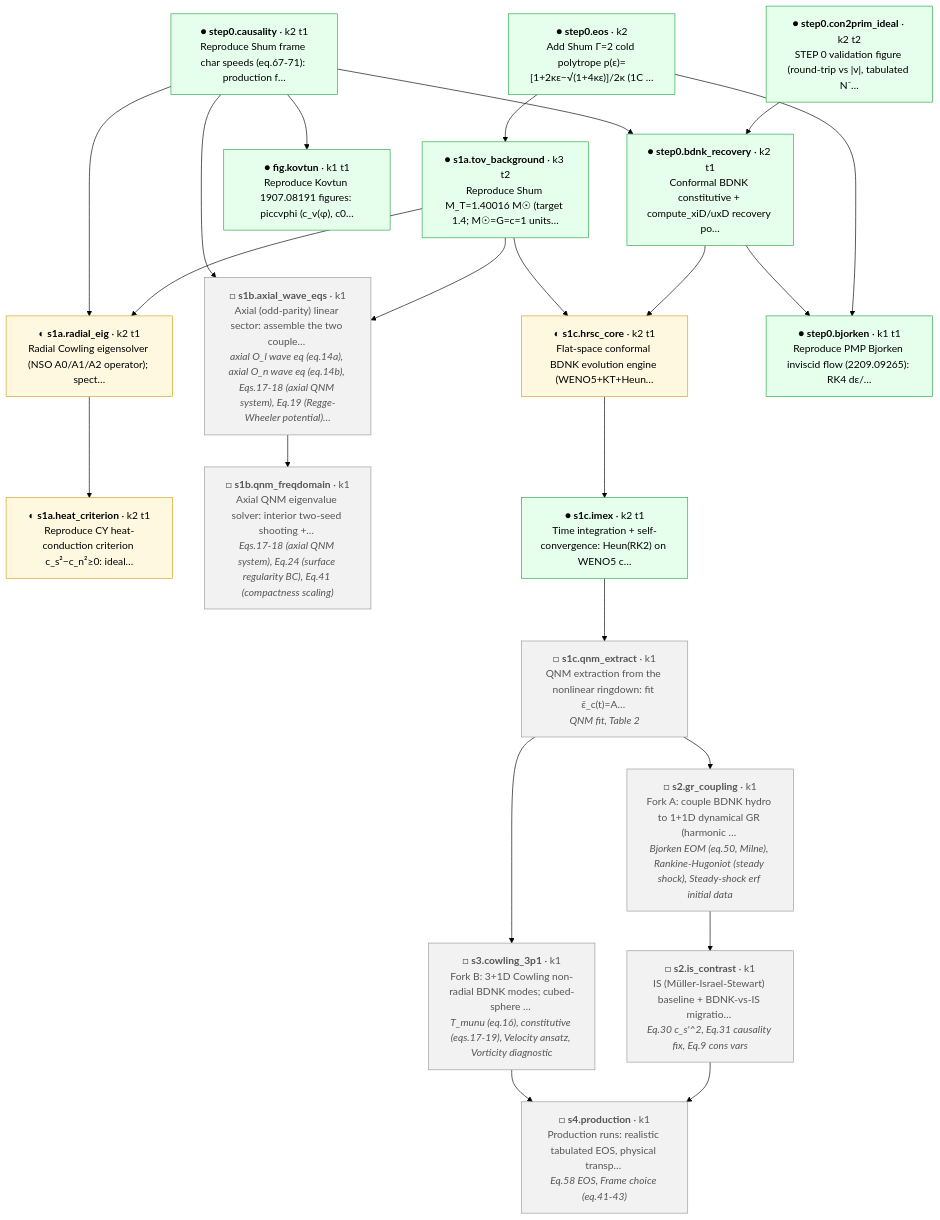
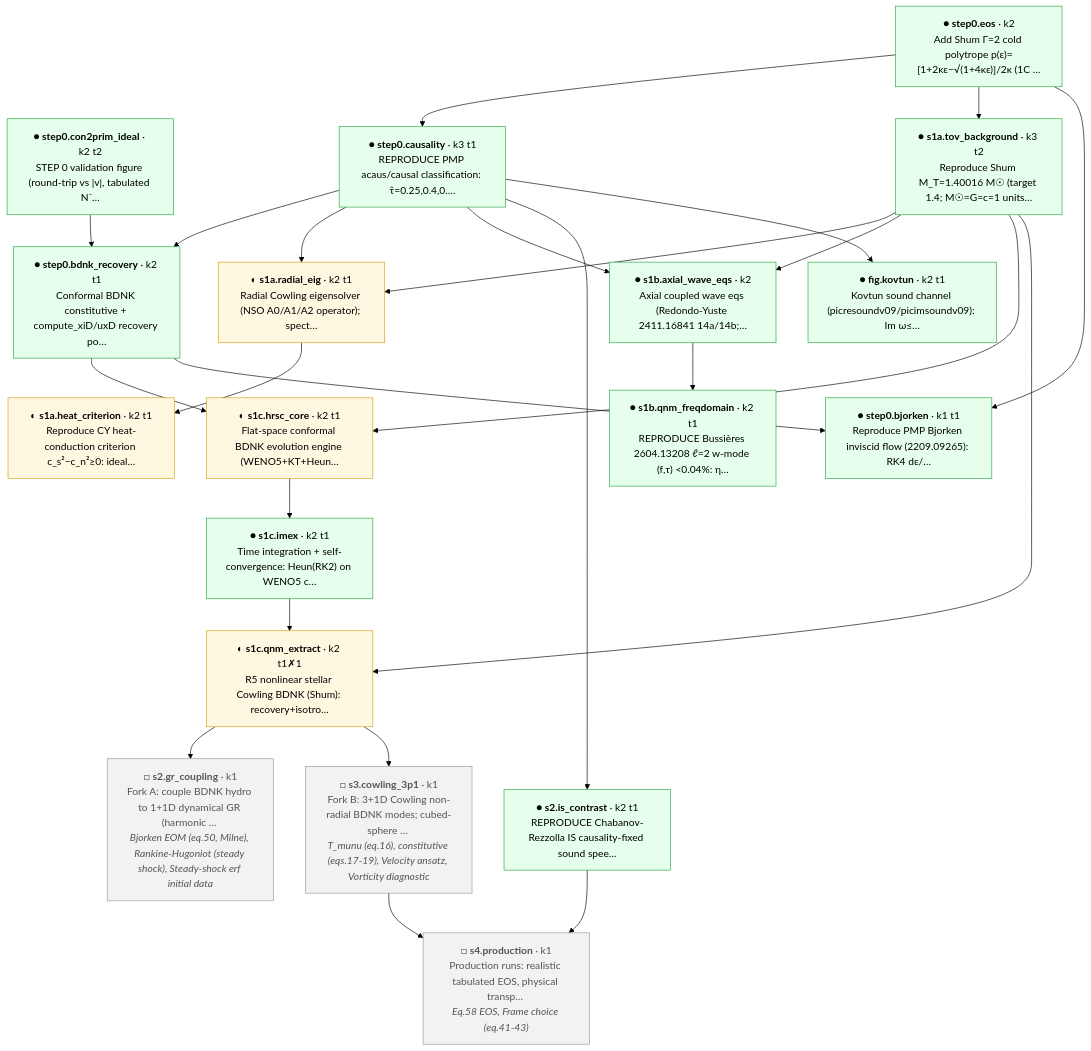
Before and after one commit to FoAKTEE/BDNK: the diagram in progress/dag/project_dag.md, drawn with Mermaid (forest theme). The commit also changed 2 other files, not shown here.

Commit message:
infra(ledger): finalize R4/fleet/R5 ledger + DAG render (iter 10)
- change: s1c.qnm_extract partial trial (mesh_too_coarse); DAG re-rendered
Iter: 010
Verify: dag progress solid count updated
Claim: SOLID - ledger finalized; Modality: CrossCheck

````diff
--- a/progress/dag/project_dag.md
+++ b/progress/dag/project_dag.md
@@ -5,48 +5,50 @@
 ```mermaid
 flowchart TD
   n_step0_eos["● <b>step0.eos</b> · k2<br/>Add Shum Γ=2 cold polytrope p(ε)=[1+2κε−√(1+4κε)]/2κ (1C …"]:::solid
   n_step0_con2prim_ideal["● <b>step0.con2prim_ideal</b> · k2 t2<br/>STEP 0 validation figure (round-trip vs |v|, tabulated N⁻…"]:::solid
-  n_step0_causality["● <b>step0.causality</b> · k2 t1<br/>Reproduce Shum frame char speeds (eq.67-71): production f…"]:::solid
+  n_step0_causality["● <b>step0.causality</b> · k3 t1<br/>REPRODUCE PMP acaus/causal classification: τ̂=0.25,0.4,0.…"]:::solid
   n_step0_bdnk_recovery["● <b>step0.bdnk_recovery</b> · k2 t1<br/>Conformal BDNK constitutive + compute_xiD/uxD recovery po…"]:::solid
   n_s1a_tov_background["● <b>s1a.tov_background</b> · k3 t2<br/>Reproduce Shum M_T=1.40016 M☉ (target 1.4; M☉=G=c=1 units…"]:::solid
   n_s1a_radial_eig["◐ <b>s1a.radial_eig</b> · k2 t1<br/>Radial Cowling eigensolver (NSO A0/A1/A2 operator); spect…"]:::preliminary
   n_s1a_heat_criterion["◐ <b>s1a.heat_criterion</b> · k2 t1<br/>Reproduce CY heat-conduction criterion c_s²−c_n²≥0: ideal…"]:::preliminary
-  n_s1b_axial_wave_eqs["□ <b>s1b.axial_wave_eqs</b> · k1<br/>Axial (odd-parity) linear sector: assemble the two couple… <br/><i>axial O_l wave eq (eq.14a), axial O_n wave eq (eq.14b), Eqs.17-18 (axial QNM system), Eq.19 (Regge-Wheeler potential)…</i>"]:::future
-  n_s1b_qnm_freqdomain["□ <b>s1b.qnm_freqdomain</b> · k1<br/>Axial QNM eigenvalue solver: interior two-seed shooting +… <br/><i>Eqs.17-18 (axial QNM system), Eq.24 (surface regularity BC), Eq.41 (compactness scaling)</i>"]:::future
+  n_s1b_axial_wave_eqs["● <b>s1b.axial_wave_eqs</b> · k2<br/>Axial coupled wave eqs (Redondo-Yuste 2411.16841 14a/14b;…"]:::solid
+  n_s1b_qnm_freqdomain["● <b>s1b.qnm_freqdomain</b> · k2 t1<br/>REPRODUCE Bussières 2604.13208 ℓ=2 w-mode (f,τ) <0.04%: η…"]:::solid
   n_s1c_hrsc_core["◐ <b>s1c.hrsc_core</b> · k2 t1<br/>Flat-space conformal BDNK evolution engine (WENO5+KT+Heun…"]:::preliminary
   n_s1c_imex["● <b>s1c.imex</b> · k2 t1<br/>Time integration + self-convergence: Heun(RK2) on WENO5 c…"]:::solid
-  n_s1c_qnm_extract["□ <b>s1c.qnm_extract</b> · k1<br/>QNM extraction from the nonlinear ringdown: fit ε̃_c(t)=A… <br/><i>QNM fit, Table 2</i>"]:::future
+  n_s1c_qnm_extract["◐ <b>s1c.qnm_extract</b> · k2 t1✗1<br/>R5 nonlinear stellar Cowling BDNK (Shum): recovery+isotro…"]:::preliminary
   n_s2_gr_coupling["□ <b>s2.gr_coupling</b> · k1<br/>Fork A: couple BDNK hydro to 1+1D dynamical GR (harmonic … <br/><i>Bjorken EOM (eq.50, Milne), Rankine-Hugoniot (steady shock), Steady-shock erf initial data</i>"]:::future
-  n_s2_is_contrast["□ <b>s2.is_contrast</b> · k1<br/>IS (Müller-Israel-Stewart) baseline + BDNK-vs-IS migratio… <br/><i>Eq.30 c_s'^2, Eq.31 causality fix, Eq.9 cons vars</i>"]:::future
+  n_s2_is_contrast["● <b>s2.is_contrast</b> · k2 t1<br/>REPRODUCE Chabanov-Rezzolla IS causality-fixed sound spee…"]:::solid
   n_s3_cowling_3p1["□ <b>s3.cowling_3p1</b> · k1<br/>Fork B: 3+1D Cowling non-radial BDNK modes; cubed-sphere … <br/><i>T_munu (eq.16), constitutive (eqs.17-19), Velocity ansatz, Vorticity diagnostic</i>"]:::future
   n_s4_production["□ <b>s4.production</b> · k1<br/>Production runs: realistic tabulated EOS, physical transp… <br/><i>Eq.58 EOS, Frame choice (eq.41-43)</i>"]:::future
   n_step0_bjorken["● <b>step0.bjorken</b> · k1 t1<br/>Reproduce PMP Bjorken inviscid flow (2209.09265): RK4 dε/…"]:::solid
-  n_fig_kovtun["● <b>fig.kovtun</b> · k1 t1<br/>Reproduce Kovtun 1907.08191 figures: piccvphi (c_v(φ), c0…"]:::solid
+  n_fig_kovtun["● <b>fig.kovtun</b> · k2 t1<br/>Kovtun sound channel (picresoundv09/picimsoundv09): Im ω≤…"]:::solid
+  n_step0_eos --> n_step0_causality
   n_step0_con2prim_ideal --> n_step0_bdnk_recovery
   n_step0_causality --> n_step0_bdnk_recovery
   n_step0_eos --> n_s1a_tov_background
   n_s1a_tov_background --> n_s1a_radial_eig
   n_step0_causality --> n_s1a_radial_eig
   n_s1a_radial_eig --> n_s1a_heat_criterion
   n_s1a_tov_background --> n_s1b_axial_wave_eqs
   n_step0_causality --> n_s1b_axial_wave_eqs
   n_s1b_axial_wave_eqs --> n_s1b_qnm_freqdomain
   n_step0_bdnk_recovery --> n_s1c_hrsc_core
   n_s1a_tov_background --> n_s1c_hrsc_core
   n_s1c_hrsc_core --> n_s1c_imex
   n_s1c_imex --> n_s1c_qnm_extract
+  n_s1a_tov_background --> n_s1c_qnm_extract
   n_s1c_qnm_extract --> n_s2_gr_coupling
-  n_s2_gr_coupling --> n_s2_is_contrast
+  n_step0_causality --> n_s2_is_contrast
   n_s1c_qnm_extract --> n_s3_cowling_3p1
   n_s2_is_contrast --> n_s4_production
   n_s3_cowling_3p1 --> n_s4_production
   n_step0_eos --> n_step0_bjorken
   n_step0_bdnk_recovery --> n_step0_bjorken
   n_step0_causality --> n_fig_kovtun
   classDef solid fill:#e6ffed,stroke:#28a745,color:#000;
   classDef preliminary fill:#fff8e1,stroke:#d4a017,color:#000;
   classDef hypothesis fill:#e7f0ff,stroke:#4977c7,color:#000;
   classDef blocking fill:#ffe3e3,stroke:#d33,color:#000;
   classDef future fill:#f2f2f2,stroke:#999,color:#555;
   classDef amended fill:#f0f0f0,stroke:#aaa,color:#888;
 ```
````
